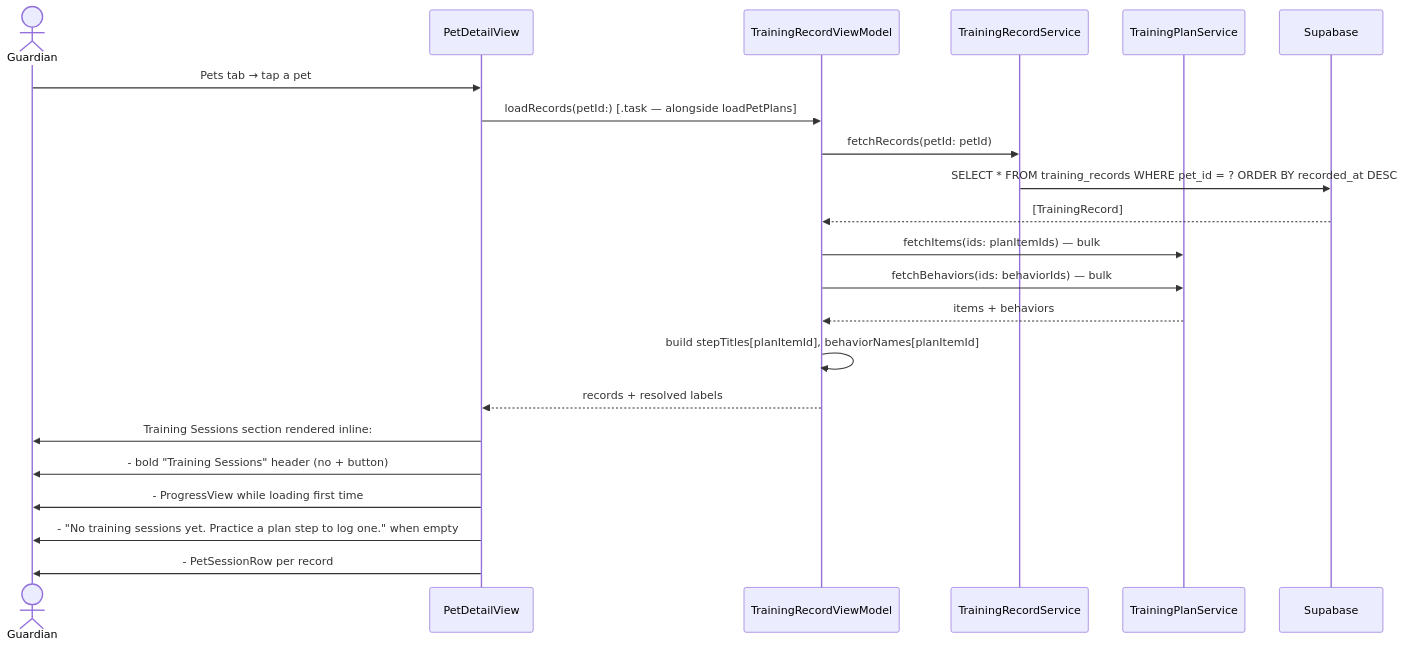
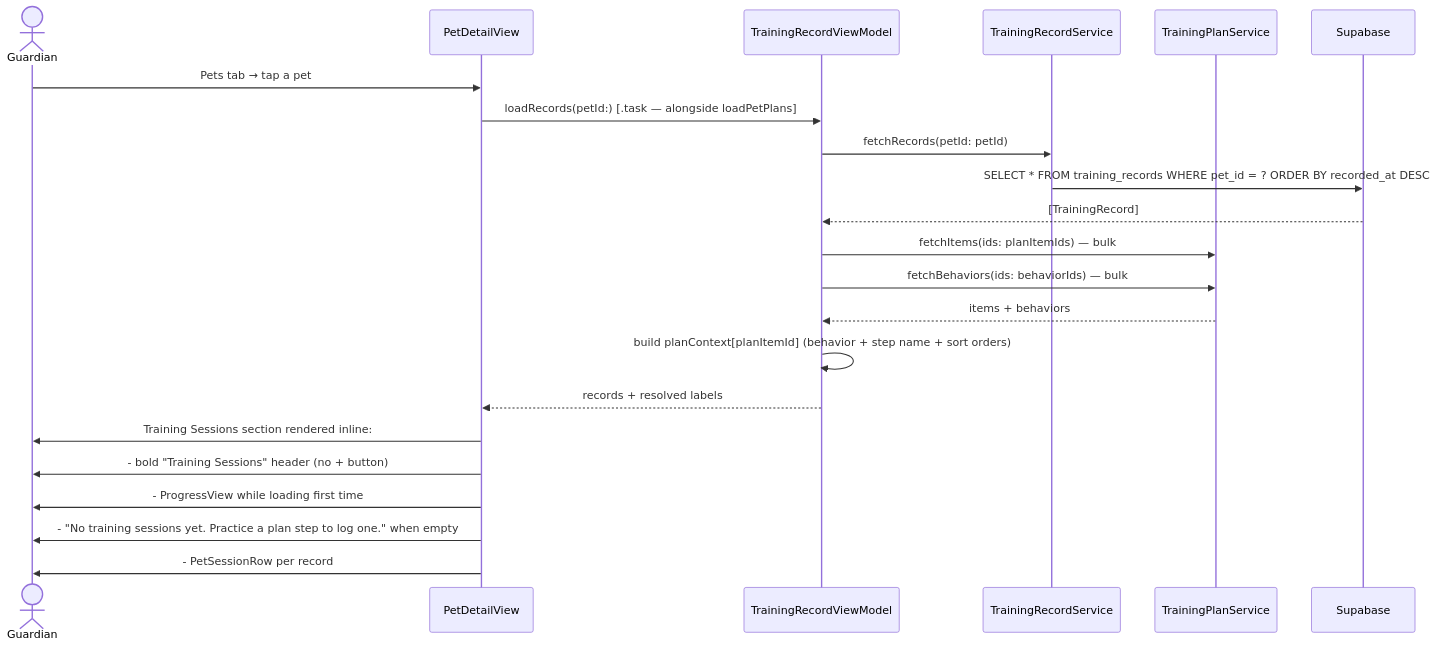
The second of 5 diagrams in docs/use_cases/log_training.md (markculley/HoundHabit), drawn with Mermaid before and after one commit. The commit also changed other lines of this file and 2 other files, not shown here.

````diff
--- a/docs/use_cases/log_training.md
+++ b/docs/use_cases/log_training.md
@@ -44,25 +44,25 @@
 ```mermaid
 sequenceDiagram
     actor G as Guardian
     participant PD as PetDetailView
     participant RVM as TrainingRecordViewModel
     participant TS as TrainingRecordService
     participant PS as TrainingPlanService
     participant DB as Supabase
 
     G->>PD: Pets tab → tap a pet
     PD->>RVM: loadRecords(petId:) [.task — alongside loadPetPlans]
     RVM->>TS: fetchRecords(petId: petId)
     TS->>DB: SELECT * FROM training_records WHERE pet_id = ? ORDER BY recorded_at DESC
     DB-->>RVM: [TrainingRecord]
     RVM->>PS: fetchItems(ids: planItemIds) — bulk
     RVM->>PS: fetchBehaviors(ids: behaviorIds) — bulk
     PS-->>RVM: items + behaviors
-    RVM->>RVM: build stepTitles[planItemId], behaviorNames[planItemId]
+    RVM->>RVM: build planContext[planItemId] (behavior + step name + sort orders)
     RVM-->>PD: records + resolved labels
     PD->>G: Training Sessions section rendered inline:
     PD->>G:  - bold "Training Sessions" header (no + button)
     PD->>G:  - ProgressView while loading first time
     PD->>G:  - "No training sessions yet. Practice a plan step to log one." when empty
     PD->>G:  - PetSessionRow per record
 ```
````
